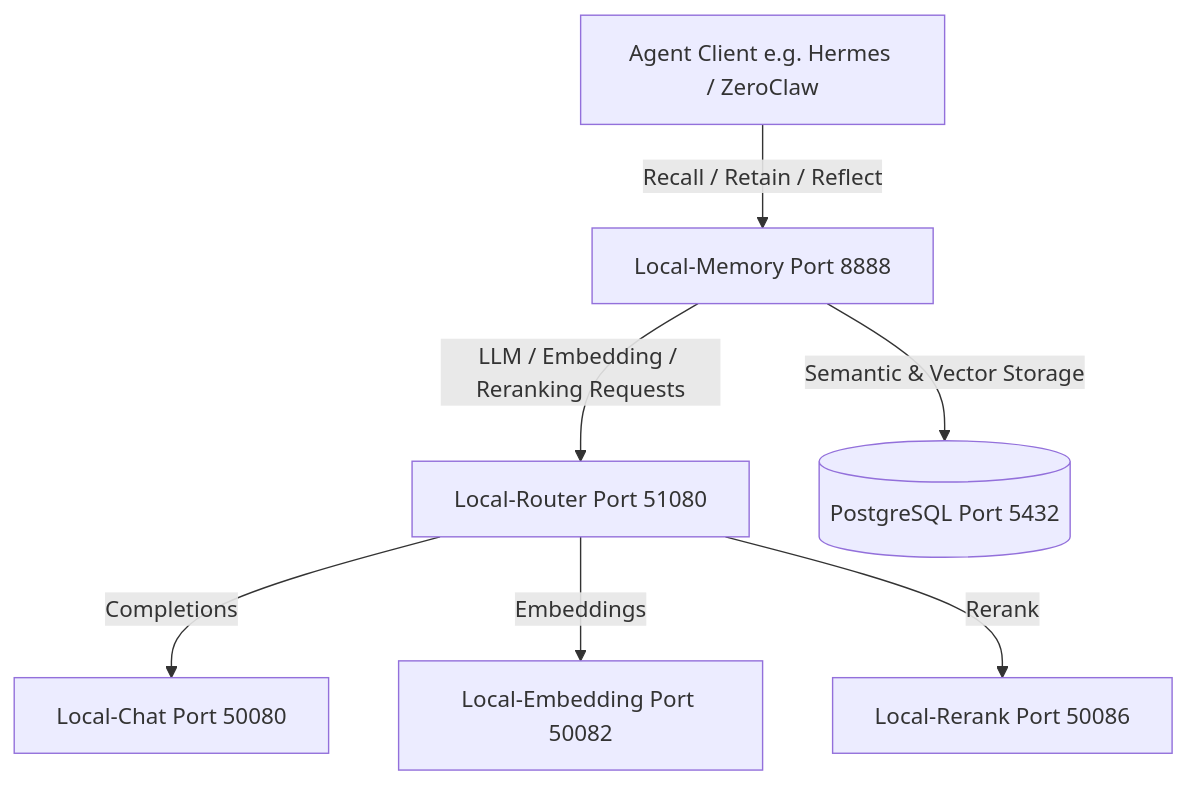
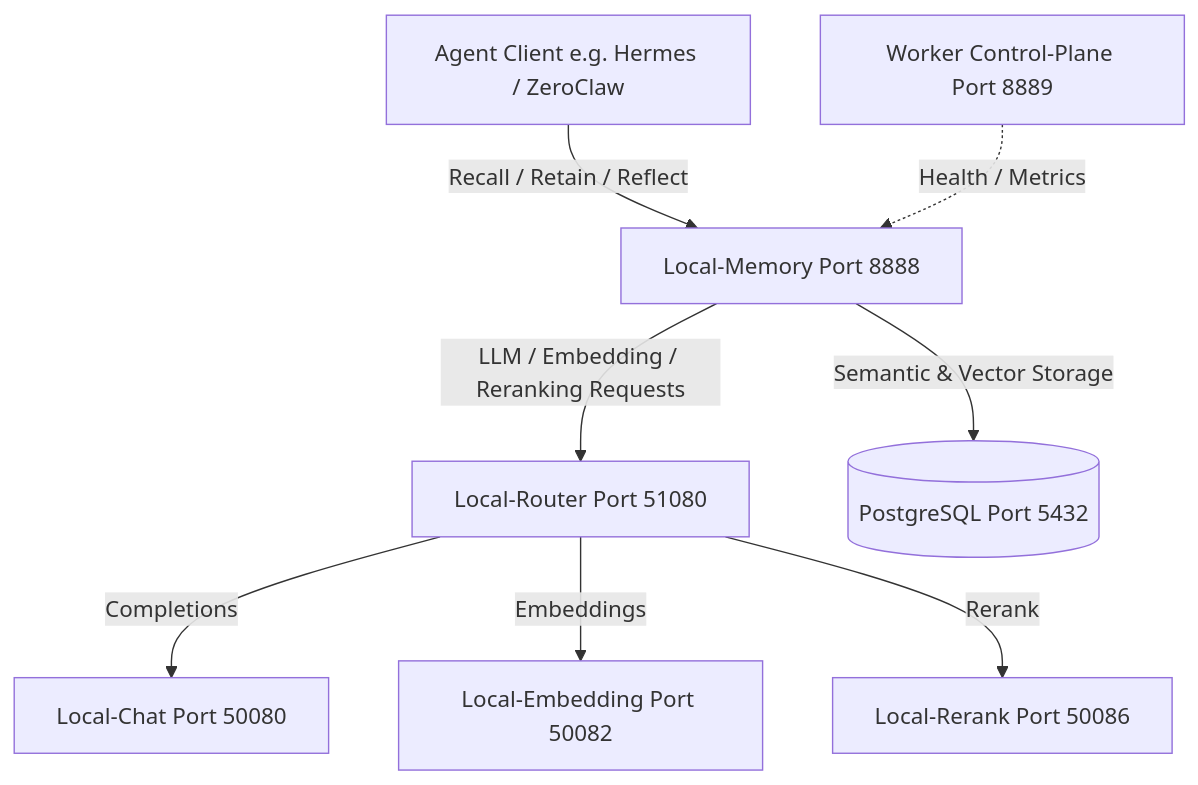
The diagram in assistants/local-memory.md (wuxxin/agents-shared), drawn with Mermaid before and after one commit. The commit also changed other lines of this file and 2 other files, not shown here.

Commit message:
Add Local Memory Service Documentation and Config

````diff
--- a/assistants/local-memory.md
+++ b/assistants/local-memory.md
@@ -13,9 +13,10 @@
 ```mermaid
 graph TD
     Agent[Agent Client e.g. Hermes / ZeroClaw] -->|Recall / Retain / Reflect| Memory[Local-Memory Port 8888]
+    Worker[Worker Control-Plane Port 8889] -.->|Health / Metrics| Memory
     Memory -->|LLM / Embedding / Reranking Requests| Router[Local-Router Port 51080]
     Router -->|Completions| Chat[Local-Chat Port 50080]
     Router -->|Embeddings| Embed[Local-Embedding Port 50082]
     Router -->|Rerank| Rerank[Local-Rerank Port 50086]
     Memory -->|Semantic & Vector Storage| Postgres[(PostgreSQL Port 5432)]
 ```
````
